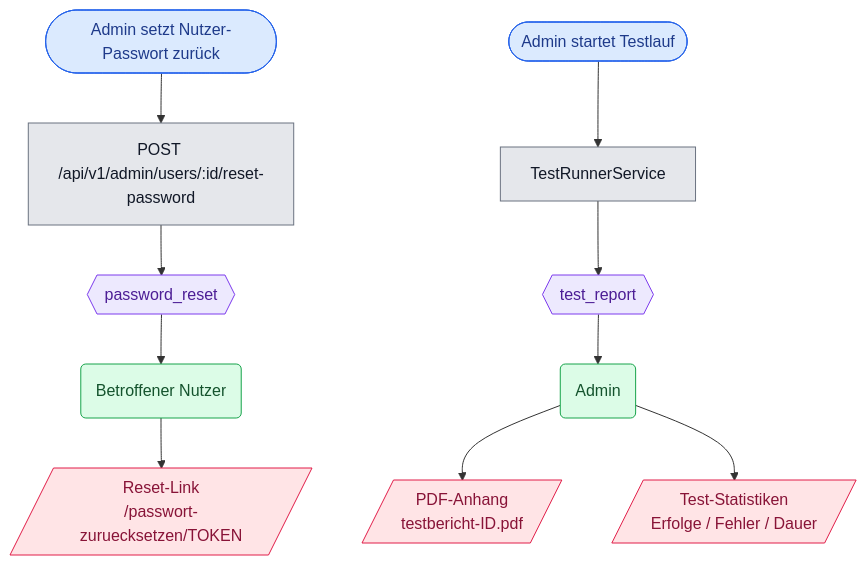
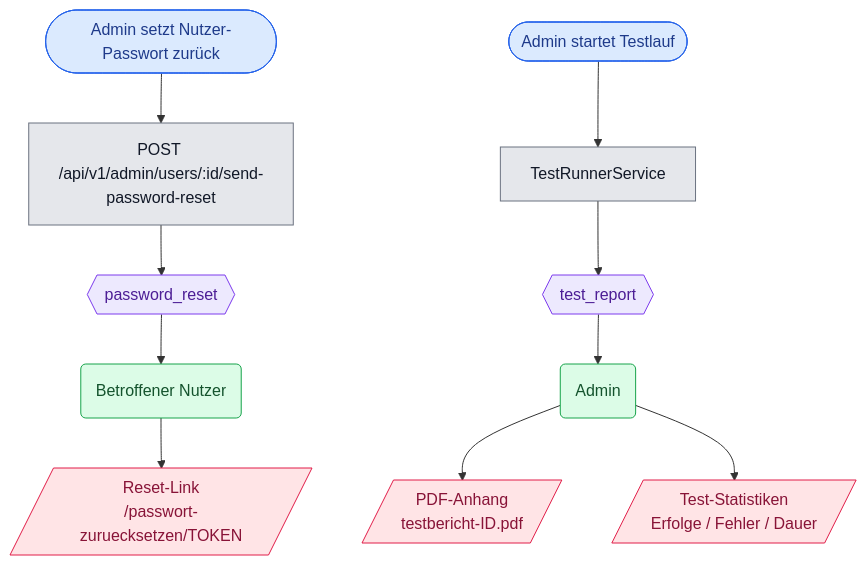
One commit to manfredsteger/polly changed the third of 6 diagrams in docs/email-flows.md. Above: the diagram before and after it, drawn with Mermaid. The commit also changed other lines of this file, not shown here.

````diff
--- a/docs/email-flows.md
+++ b/docs/email-flows.md
@@ -143,19 +143,19 @@
 ```mermaid
 flowchart TD
-  adminReset([Admin setzt Nutzer-Passwort zurück]):::trigger --> adminRoute[POST /api/v1/admin/users/:id/reset-password]:::route
+  adminReset([Admin setzt Nutzer-Passwort zurück]):::trigger --> adminRoute[POST /api/v1/admin/users/:id/send-password-reset]:::route
   adminRoute --> mReset{{password_reset}}:::mail
   mReset --> rUser(Betroffener Nutzer):::recv
   rUser --> lReset[/"Reset-Link<br>/passwort-zuruecksetzen/TOKEN"/]:::link
 
   testRun([Admin startet Testlauf]):::trigger --> testService[TestRunnerService]:::route
   testService --> mTest{{test_report}}:::mail
   mTest --> rAdmin(Admin):::recv
   rAdmin --> lPdf[/"PDF-Anhang<br>testbericht-ID.pdf"/]:::link
   rAdmin --> lStats[/"Test-Statistiken<br>Erfolge / Fehler / Dauer"/]:::link
 
   classDef trigger fill:#dbeafe,stroke:#2563eb,color:#1e3a8a;
   classDef route fill:#e5e7eb,stroke:#6b7280,color:#111827;
   classDef mail fill:#ede9fe,stroke:#7c3aed,color:#4c1d95;
   classDef recv fill:#dcfce7,stroke:#16a34a,color:#14532d;
   classDef link fill:#ffe4e6,stroke:#e11d48,color:#881337;
 ```
````
